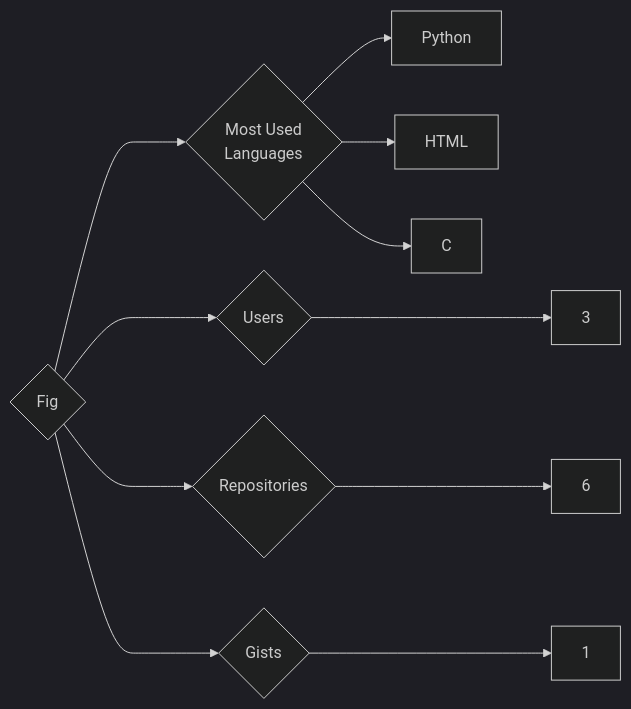
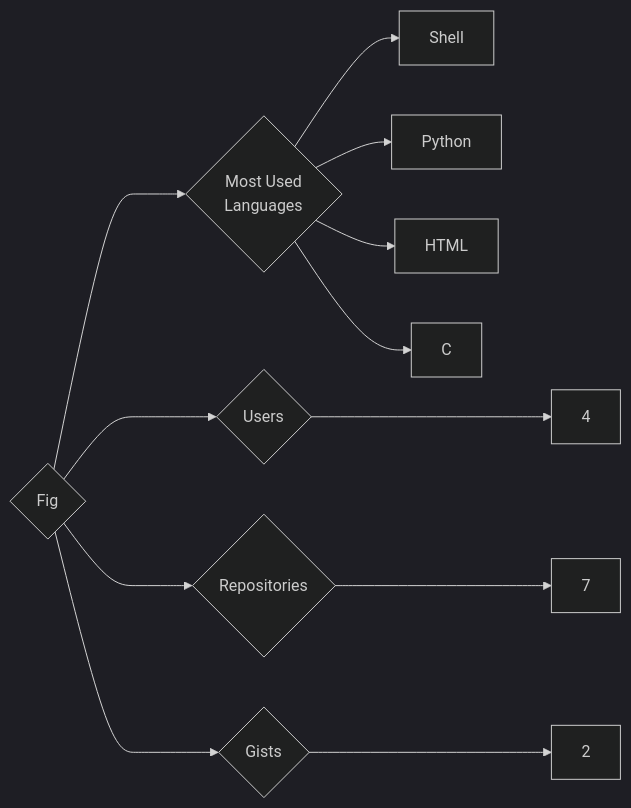
The diagram in targets/Fig/README.md (trickest/insiders), drawn with Mermaid (dark theme) before and after one commit. The commit also changed 1089 other files, not shown here.

````diff
--- a/targets/Fig/README.md
+++ b/targets/Fig/README.md
@@ -3,11 +3,12 @@
 ```mermaid
 graph LR
 COMPANY_NAME{Fig}
-COMPANY_NAME ---> U{Users} ---> UN[3]
-COMPANY_NAME ---> R{Repositories} ---> RN[6]
-COMPANY_NAME ---> G{Gists} ---> GN[1]
+COMPANY_NAME ---> U{Users} ---> UN[4]
+COMPANY_NAME ---> R{Repositories} ---> RN[7]
+COMPANY_NAME ---> G{Gists} ---> GN[2]
 COMPANY_NAME ---> ML{Most Used<br>Languages}
+ML --> Shell[Shell]
 ML --> Python[Python]
 ML --> HTML[HTML]
 ML --> C[C]
 ```
````
